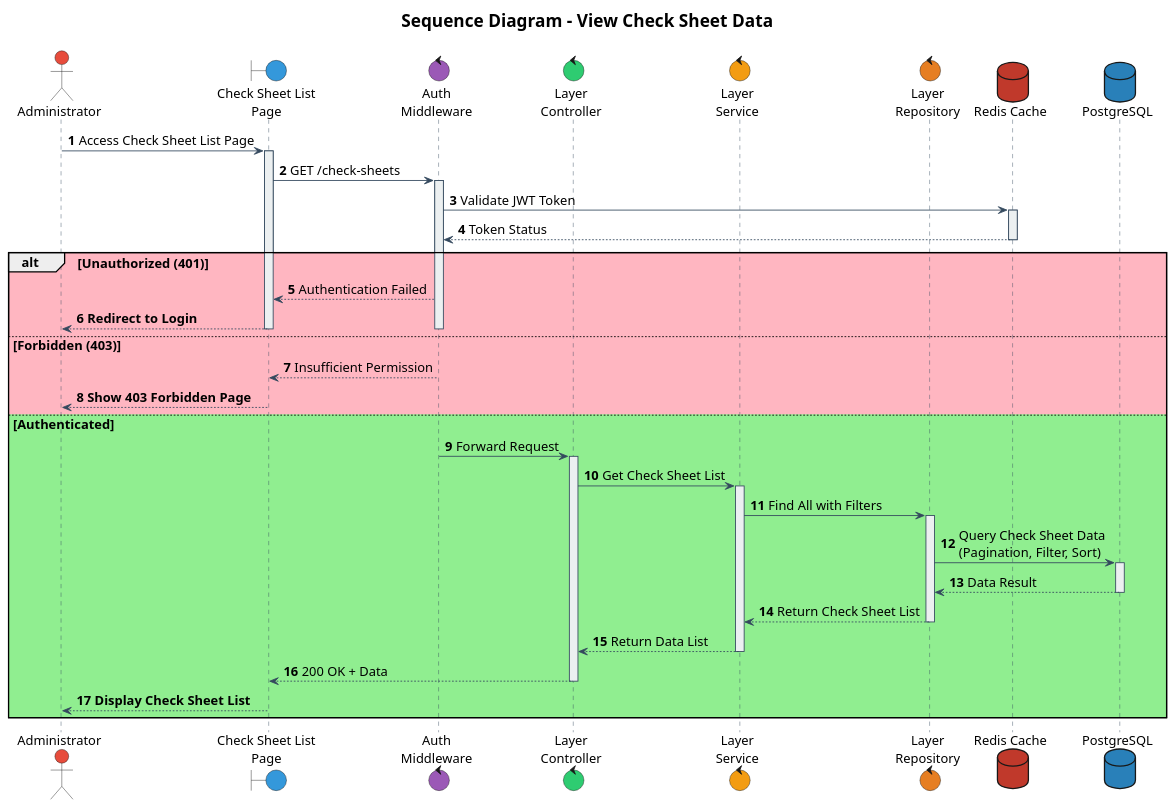
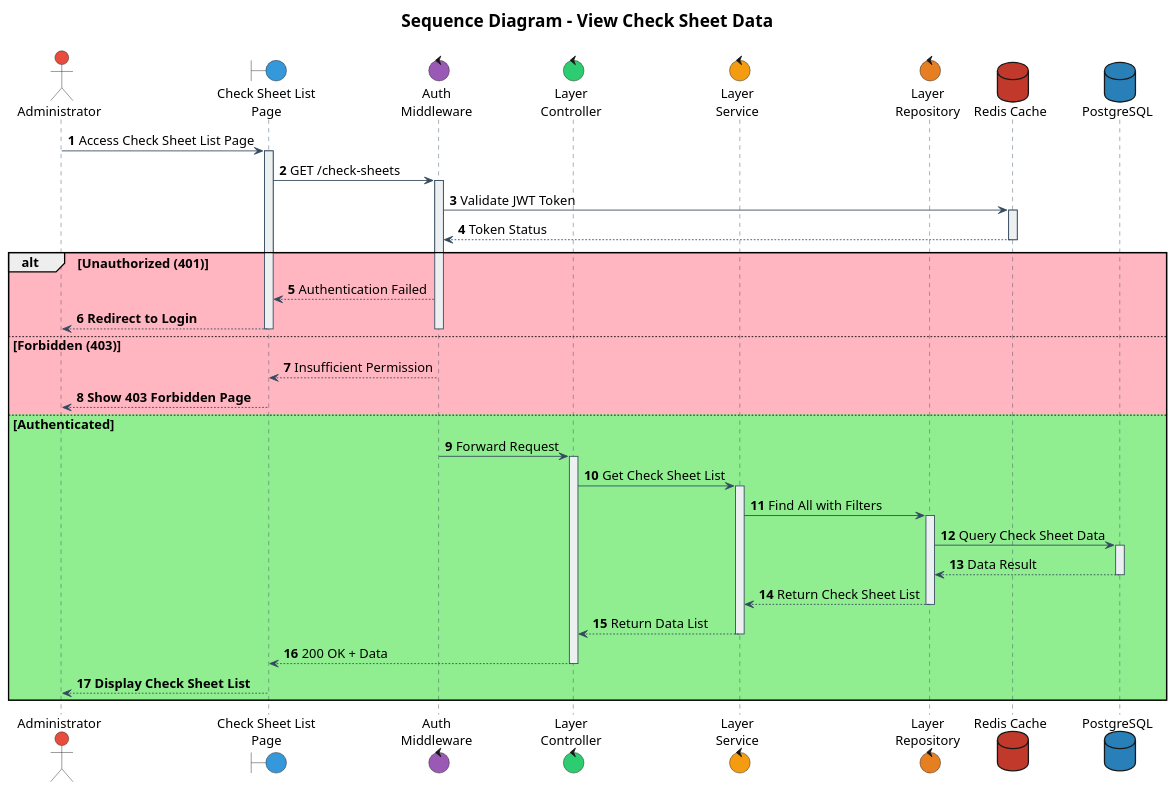
Before and after one commit to IntConnect/go-intconnect-api: the diagram in documentation/sequence/document/check-sheet/view.puml, drawn with PlantUML. The commit also changed 2 other files, not shown here.

```diff
--- a/documentation/sequence/document/check-sheet/view.puml
+++ b/documentation/sequence/document/check-sheet/view.puml
@@ -1,103 +1,103 @@
 @startuml
 
 ' Font configuration
 skinparam defaultFontName Times New Roman
 skinparam defaultFontSize 15
 
 ' Participant styling
 skinparam participant {
     BackgroundColor #ECF0F1
     BorderColor #34495E
     FontColor Black
     FontName Times New Roman
     FontSize 15
 }
 
 skinparam sequence {
     ArrowColor #34495E
     LifeLineBorderColor #34495E
     LifeLineBackgroundColor #ECF0F1
     ArrowFontName Times New Roman
     ArrowFontSize 15
 }
 
 skinparam actorFontSize 15
 skinparam noteFontSize 15
 skinparam noteFontName "Times New Roman"
 
 ' Actors and components
 actor "Administrator" as admin #E74C3C
 boundary "Check Sheet List\nPage" as boundList #3498DB
 control "Auth\nMiddleware" as authMiddleware #9B59B6
 control "Layer\nController" as controller #2ECC71
 control "Layer\nService" as service #F39C12
 control "Layer\nRepository" as repository #E67E22
 database "Redis Cache" as dbRedis #C0392B
 database "PostgreSQL" as dbPsql #2980B9
 
 title
 <size:20><b>Sequence Diagram - View Check Sheet Data</b></size>
 ----
 end title
 
 autonumber
 
 
 ' === MAIN FLOW ===
 admin -> boundList: Access Check Sheet List Page
 activate boundList
 
 boundList -> authMiddleware: GET /check-sheets
 activate authMiddleware
 
 ' === AUTHENTICATION ===
 authMiddleware -> dbRedis: Validate JWT Token
 activate dbRedis
 dbRedis --> authMiddleware: Token Status
 deactivate dbRedis
 
 alt #LightPink Unauthorized (401)
     authMiddleware --> boundList: Authentication Failed
     boundList --> admin: **Redirect to Login**
     deactivate authMiddleware
     deactivate boundList
     
 else #LightPink Forbidden (403)
     authMiddleware --> boundList: Insufficient Permission
     boundList --> admin: **Show 403 Forbidden Page**
     deactivate authMiddleware
     deactivate boundList
     
 else #LightGreen Authenticated
 
     authMiddleware -> controller: Forward Request
     deactivate authMiddleware
     activate controller
 
     controller -> service: Get Check Sheet List
     activate service
 
     ' === FETCH DATA FROM DATABASE ===
     service -> repository: Find All with Filters
     activate repository
     
-    repository -> dbPsql: Query Check Sheet Data\n(Pagination, Filter, Sort)
+    repository -> dbPsql: Query Check Sheet Data
     activate dbPsql
     dbPsql --> repository: Data Result
     deactivate dbPsql
     
     repository --> service: Return Check Sheet List
     deactivate repository
 
     service --> controller: Return Data List
     deactivate service
 
     controller --> boundList: 200 OK + Data
     deactivate controller
 
     boundList --> admin: **Display Check Sheet List**
     deactivate boundList
 
 end
 
 @enduml
```
